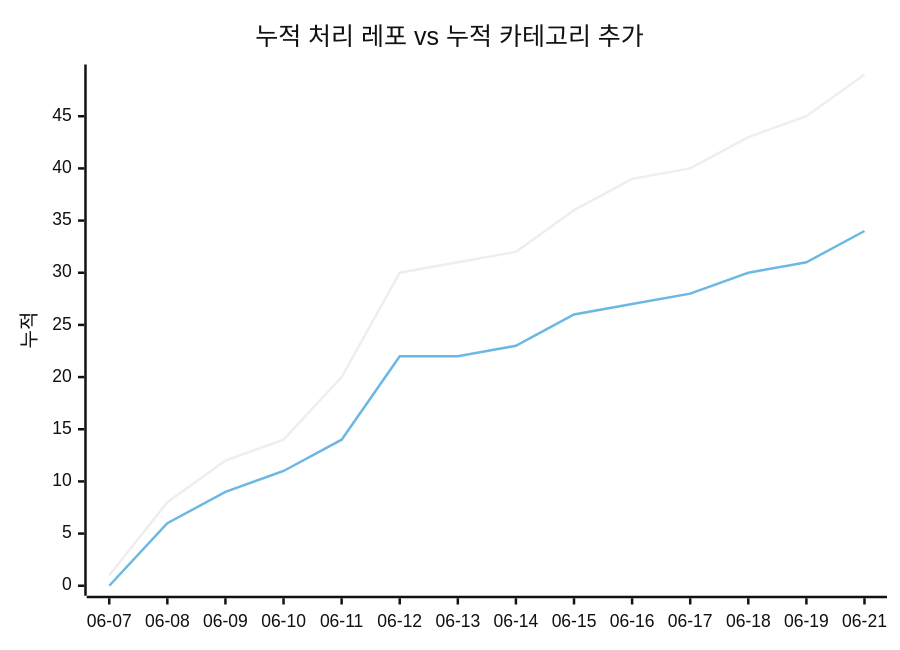
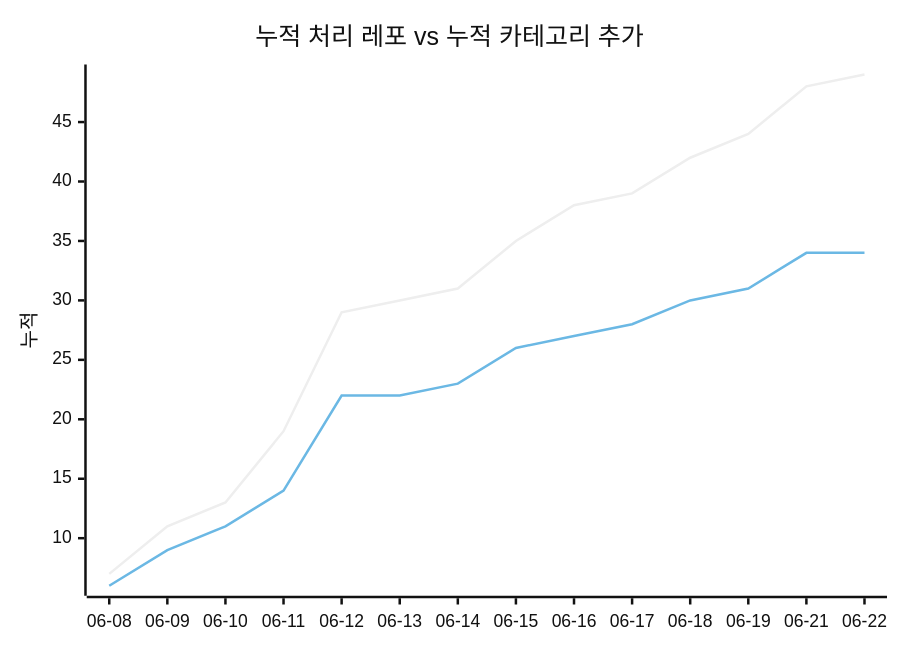
The second of 2 diagrams in docs/trends.md (J-nowcow/awesome-korean-agent-skills), drawn with Mermaid (neutral theme) before and after one commit. The commit also changed other lines of this file and 27 other files, not shown here.

````diff
--- a/docs/trends.md
+++ b/docs/trends.md
@@ -68,8 +68,8 @@
 ```mermaid
 xychart-beta
     title "누적 처리 레포 vs 누적 카테고리 추가"
-    x-axis ["06-07","06-08","06-09","06-10","06-11","06-12","06-13","06-14","06-15","06-16","06-17","06-18","06-19","06-21"]
+    x-axis ["06-08","06-09","06-10","06-11","06-12","06-13","06-14","06-15","06-16","06-17","06-18","06-19","06-21","06-22"]
     y-axis "누적"
-    line [1,8,12,14,20,30,31,32,36,39,40,43,45,49]
-    line [0,6,9,11,14,22,22,23,26,27,28,30,31,34]
+    line [7,11,13,19,29,30,31,35,38,39,42,44,48,49]
+    line [6,9,11,14,22,22,23,26,27,28,30,31,34,34]
 ```
````
